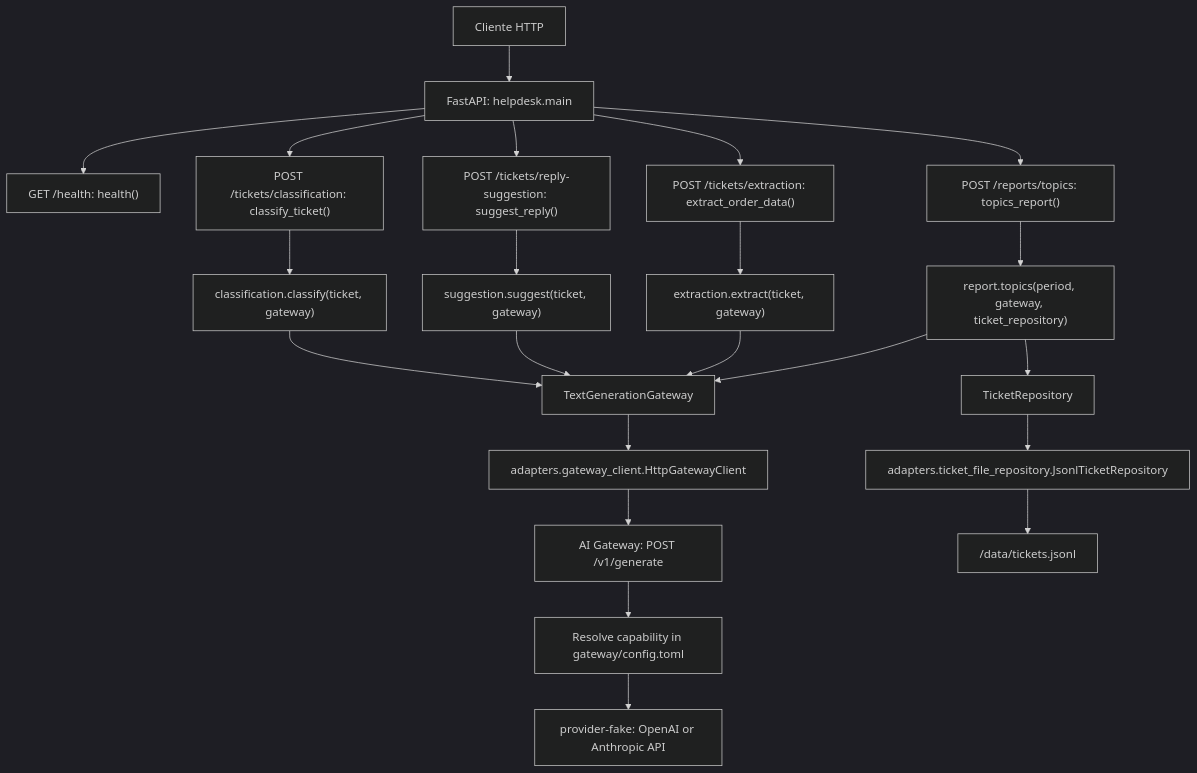
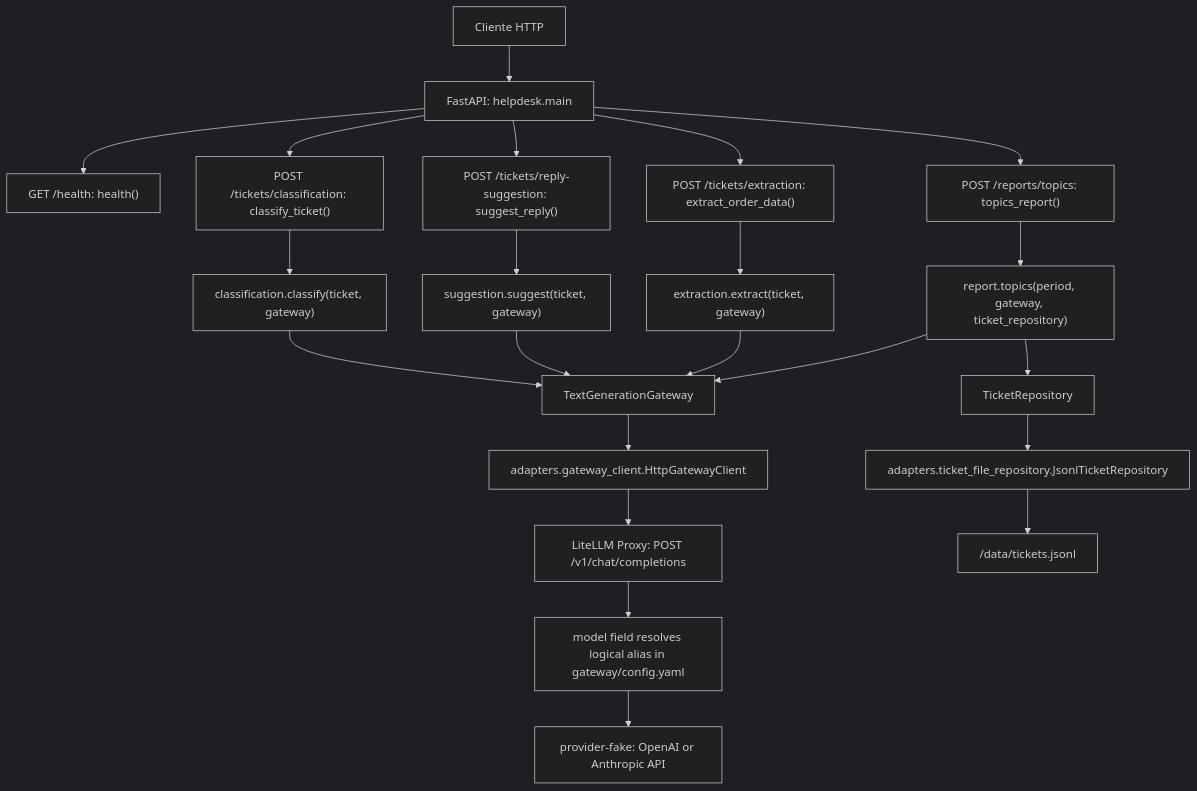
The diagram in docs/fluxo-helpdesk-v2.md (nelsonota/desafio-arquitetura-era-ia-1), drawn with Mermaid (dark theme) before and after one commit. The commit also changed other lines of this file and 10 other files, not shown here.

Commit message:
Replace custom gateway with LiteLLM Proxy

````diff
--- a/docs/fluxo-helpdesk-v2.md
+++ b/docs/fluxo-helpdesk-v2.md
@@ -5,28 +5,28 @@
 ```mermaid
 flowchart TD
     Client[Cliente HTTP] --> FastAPI[FastAPI: helpdesk.main]
     FastAPI --> Health["GET /health: health()"]
     FastAPI --> ClassifyRoute["POST /tickets/classification: classify_ticket()"]
     FastAPI --> SuggestRoute["POST /tickets/reply-suggestion: suggest_reply()"]
     FastAPI --> ExtractRoute["POST /tickets/extraction: extract_order_data()"]
     FastAPI --> ReportRoute["POST /reports/topics: topics_report()"]
 
     ClassifyRoute --> Classify["classification.classify(ticket, gateway)"]
     SuggestRoute --> Suggest["suggestion.suggest(ticket, gateway)"]
     ExtractRoute --> Extract["extraction.extract(ticket, gateway)"]
     ReportRoute --> Report["report.topics(period, gateway, ticket_repository)"]
 
     Classify --> GenerationPort[TextGenerationGateway]
     Suggest --> GenerationPort
     Extract --> GenerationPort
     Report --> GenerationPort
     Report --> TicketPort[TicketRepository]
 
     GenerationPort --> GatewayAdapter["adapters.gateway_client.HttpGatewayClient"]
     TicketPort --> FileAdapter["adapters.ticket_file_repository.JsonlTicketRepository"]
 
-    GatewayAdapter --> Gateway["AI Gateway: POST /v1/generate"]
-    Gateway --> Resolve["Resolve capability in gateway/config.toml"]
+    GatewayAdapter --> Gateway["LiteLLM Proxy: POST /v1/chat/completions"]
+    Gateway --> Resolve["model field resolves logical alias in gateway/config.yaml"]
     Resolve --> Providers[provider-fake: OpenAI or Anthropic API]
     FileAdapter --> TicketsFile["/data/tickets.jsonl"]
 ```
````
